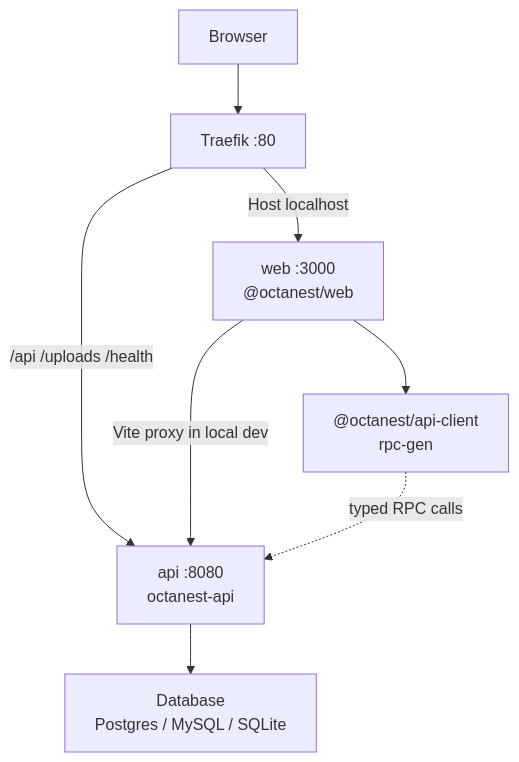
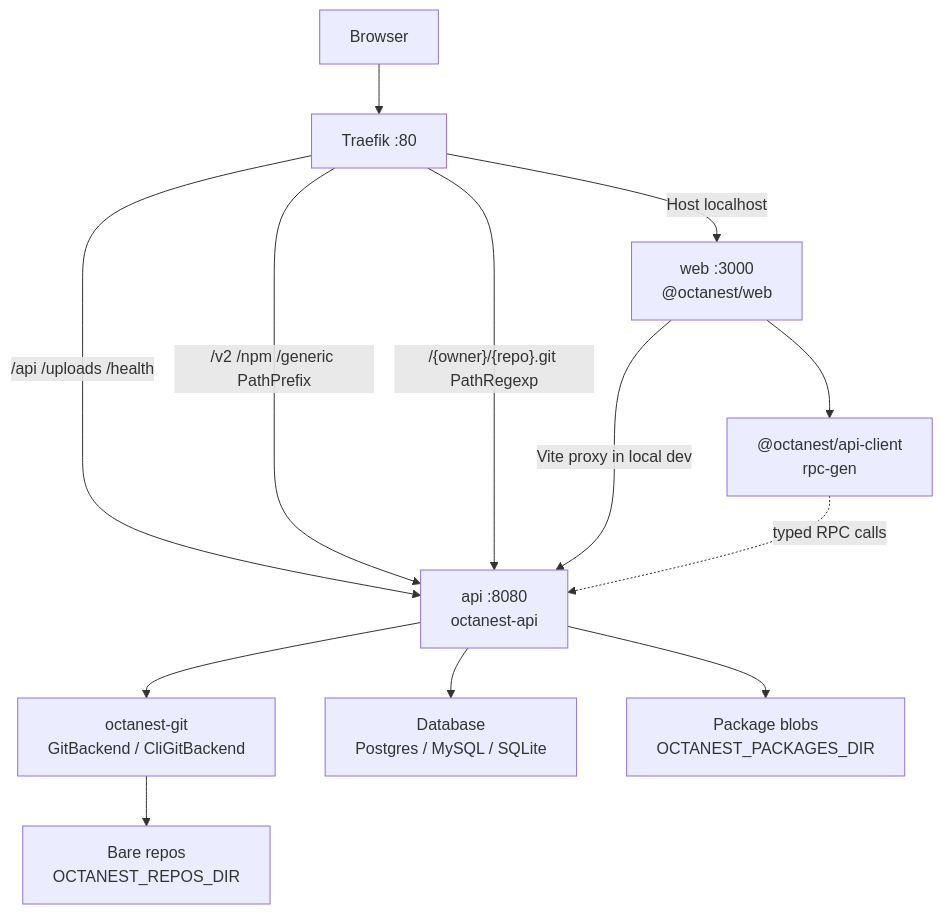
The diagram in docs/ARCHITECTURE.md (Octanest-Git/Octanest), drawn with Mermaid before and after one commit. The commit also changed other lines of this file and 1207 other files, not shown here.

````diff
--- a/docs/ARCHITECTURE.md
+++ b/docs/ARCHITECTURE.md
@@ -10,17 +10,24 @@
 ```mermaid
 graph TD
   Browser["Browser"]
   Traefik["Traefik :80"]
   Web["web :3000<br/>@octanest/web"]
   Api["api :8080<br/>octanest-api"]
+  Git["octanest-git<br/>GitBackend / CliGitBackend"]
+  Repos["Bare repos<br/>OCTANEST_REPOS_DIR"]
   Db["Database<br/>Postgres / MySQL / SQLite"]
   Client["@octanest/api-client<br/>rpc-gen"]
 
   Browser --> Traefik
   Traefik -->|"Host localhost"| Web
   Traefik -->|"/api /uploads /health"| Api
+  Traefik -->|"/v2 /npm /generic PathPrefix"| Api
+  Traefik -->|"/{owner}/{repo}.git PathRegexp"| Api
   Web -->|"Vite proxy in local dev"| Api
   Client -.->|"typed RPC calls"| Api
   Web --> Client
   Api --> Db
+  Api --> Git
+  Git --> Repos
+  Api --> Packages["Package blobs<br/>OCTANEST_PACKAGES_DIR"]
 ```
````
